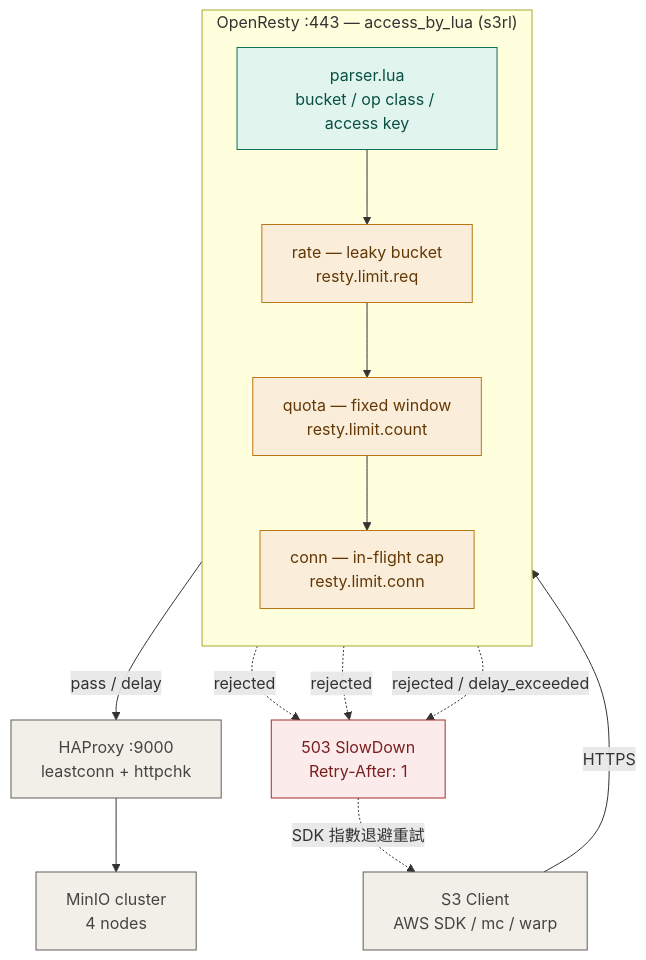
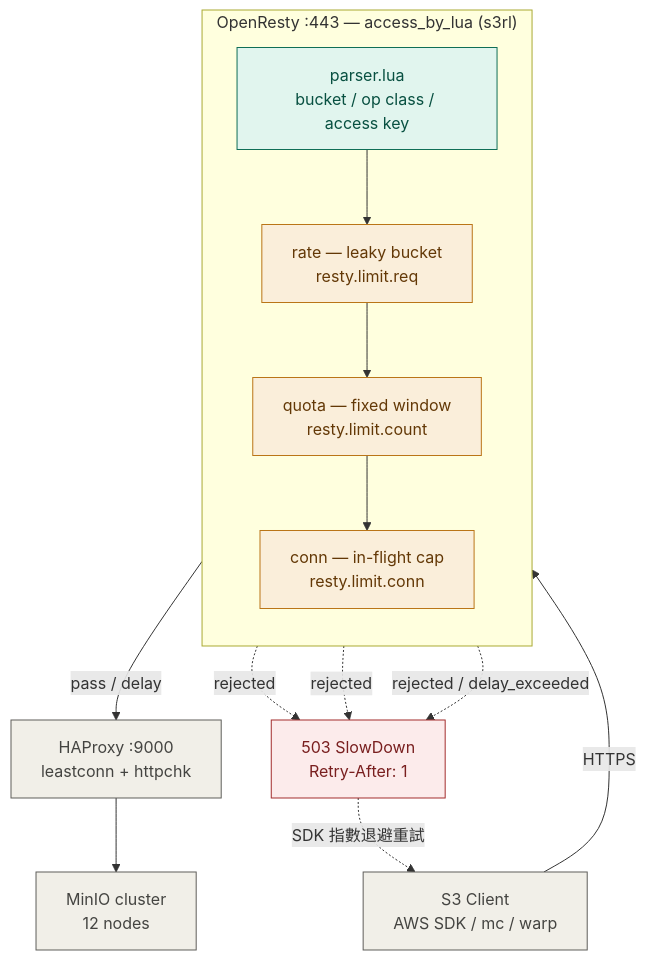
Before and after one commit to ycjlin/reading-materials: the first of 2 diagrams in minio_rate_limiting/s3rl/README.md, drawn with Mermaid.

````diff
--- a/minio_rate_limiting/s3rl/README.md
+++ b/minio_rate_limiting/s3rl/README.md
@@ -8,34 +8,34 @@
 ```mermaid
 flowchart TD
     C["S3 Client<br/>AWS SDK / mc / warp"]
  
     subgraph OR["OpenResty :443 — access_by_lua (s3rl)"]
         direction TB
         P["parser.lua<br/>bucket / op class / access key"]
         L1["rate — leaky bucket<br/>resty.limit.req"]
         L2["quota — fixed window<br/>resty.limit.count"]
         L3["conn — in-flight cap<br/>resty.limit.conn"]
         P --> L1 --> L2 --> L3
     end
  
     HA["HAProxy :9000<br/>leastconn + httpchk"]
-    M["MinIO cluster<br/>4 nodes"]
+    M["MinIO cluster<br/>12 nodes"]
     R["503 SlowDown<br/>Retry-After: 1"]
  
     C -- HTTPS --> P
     L3 -- "pass / delay" --> HA
     HA --> M
     L1 -. rejected .-> R
     L2 -. rejected .-> R
     L3 -. "rejected / delay_exceeded" .-> R
     R -. "SDK 指數退避重試" .-> C
  
     classDef edge  fill:#F1EFE8,stroke:#5F5E5A,color:#444441
     classDef gate  fill:#FAEEDA,stroke:#BA7517,color:#633806
     classDef parse fill:#E1F5EE,stroke:#0F6E56,color:#085041
     classDef deny  fill:#FCEBEB,stroke:#A32D2D,color:#791F1F
     class C,HA,M edge
     class P parse
     class L1,L2,L3 gate
     class R deny
 ```
````
